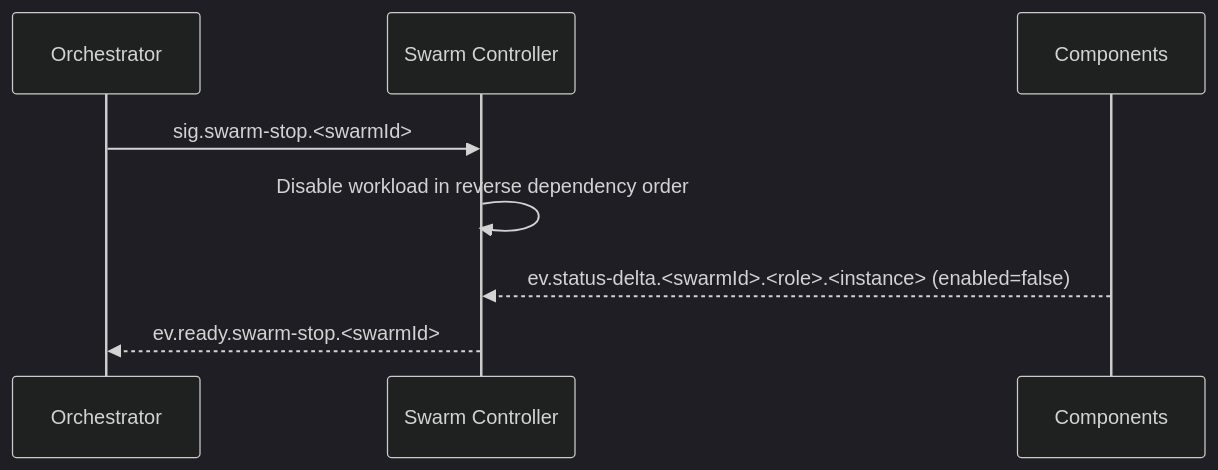
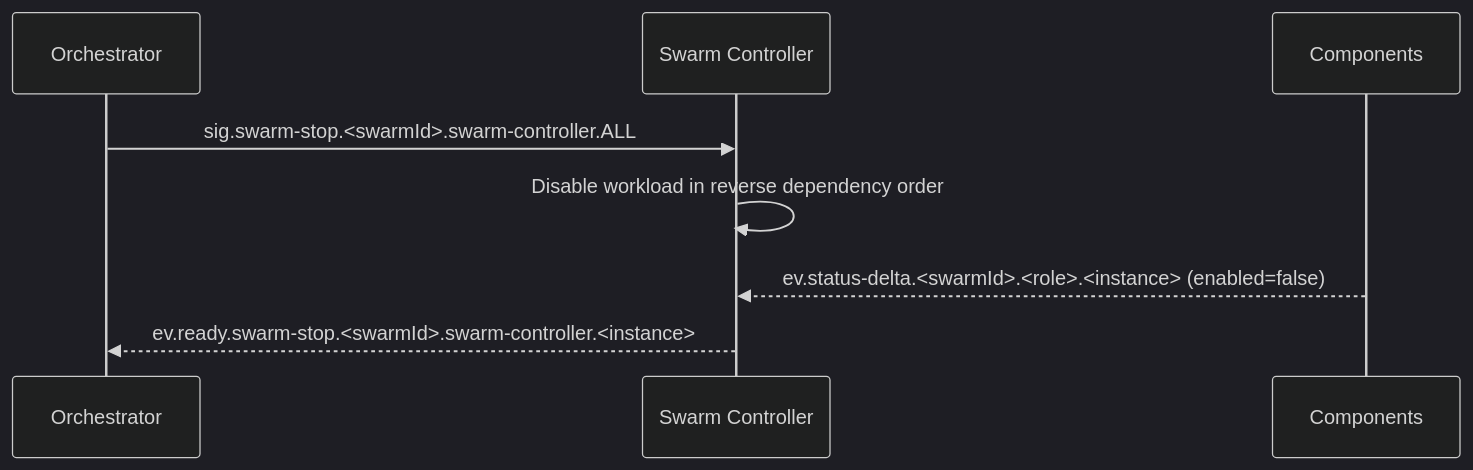
Before and after one commit to sepa79/PocketHive: the sixth of 8 diagrams in docs/ARCHITECTURE.md, drawn with Mermaid (dark theme). The commit also changed other lines of this file and 29 other files, not shown here.

````diff
--- a/docs/ARCHITECTURE.md
+++ b/docs/ARCHITECTURE.md
@@ -226,11 +233,11 @@
 ```mermaid
 sequenceDiagram
   participant QN as Orchestrator
   participant MSH as Swarm Controller
   participant CMP as Components
 
-  QN->>MSH: sig.swarm-stop.<swarmId>
+  QN->>MSH: sig.swarm-stop.<swarmId>.swarm-controller.ALL
   MSH->>MSH: Disable workload in reverse dependency order
   CMP-->>MSH: ev.status-delta.<swarmId>.<role>.<instance> (enabled=false)
-  MSH-->>QN: ev.ready.swarm-stop.<swarmId>
+  MSH-->>QN: ev.ready.swarm-stop.<swarmId>.swarm-controller.<instance>
 ```
````
